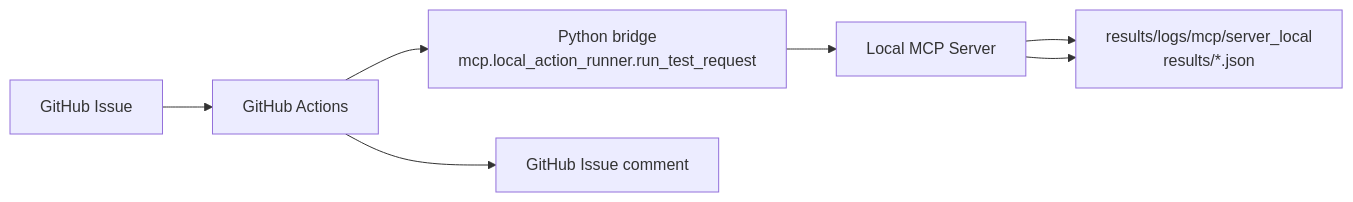
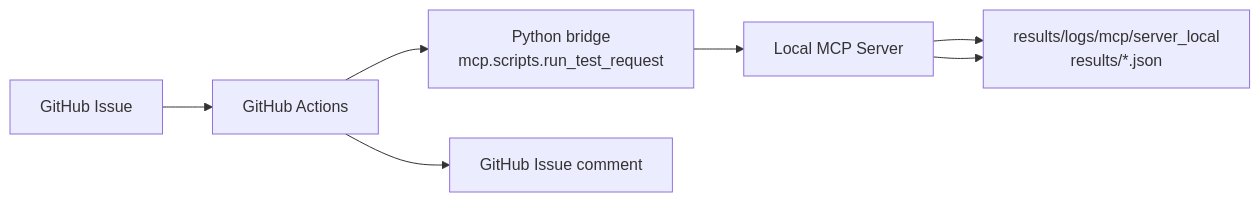
The diagram in docs/mcp/mcp_server_github.md (JeonghunLee/local-ai-agent-mcp), drawn with Mermaid before and after one commit. The commit also changed 8 other files, not shown here.

````diff
--- a/docs/mcp/mcp_server_github.md
+++ b/docs/mcp/mcp_server_github.md
@@ -49,9 +49,9 @@
 ```mermaid
 flowchart LR
     A["GitHub Issue"] --> B["GitHub Actions"]
-    B --> C["Python bridge<br/>mcp.local_action_runner.run_test_request"]
+    B --> C["Python bridge<br/>mcp.scripts.run_test_request"]
     C --> D["Local MCP Server"]
     D --> E["results/logs/mcp/server_local<br/>results/*.json"]
     B --> F["GitHub Issue comment"]
     D --> E
 ```
````
